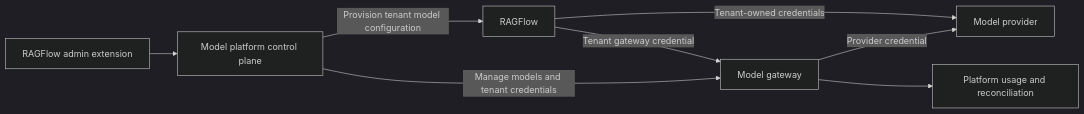
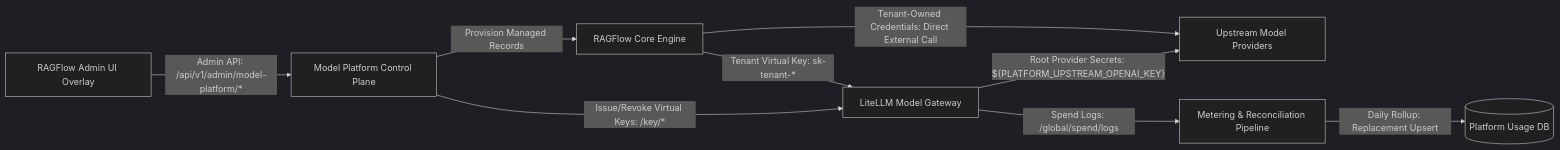
The diagram in extensions/model-platform/architecture.md (Sanderhoff-alt/oh-my-ragflow), drawn with Mermaid (dark theme) before and after one commit. The commit also changed other lines of this file and 6 other files, not shown here.

Commit message:
docs(model-platform): define architecture boundaries and implementation plan

````diff
--- a/extensions/model-platform/architecture.md
+++ b/extensions/model-platform/architecture.md
@@ -11,10 +21,11 @@
 ```mermaid
 flowchart LR
-    Admin[RAGFlow admin extension] --> Control[Model platform control plane]
-    Control -->|Manage models and tenant credentials| Gateway[Model gateway]
-    Control -->|Provision tenant model configuration| RAGFlow[RAGFlow]
-    RAGFlow -->|Tenant gateway credential| Gateway
-    Gateway -->|Provider credential| Provider[Model provider]
-    RAGFlow -->|Tenant-owned credentials| Provider
-    Gateway --> Usage[Platform usage and reconciliation]
+    Admin["RAGFlow Admin UI Overlay"] -->|"Admin API: /api/v1/admin/model-platform/*"| Control["Model Platform Control Plane"]
+    Control -->|"Issue/Revoke Virtual Keys: /key/*"| Gateway["LiteLLM Model Gateway"]
+    Control -->|"Provision Managed Records"| RAGFlow["RAGFlow Core Engine"]
+    RAGFlow -->|"Tenant Virtual Key: sk-tenant-*"| Gateway
+    Gateway -->|"Root Provider Secrets: ${PLATFORM_UPSTREAM_OPENAI_KEY}"| Provider["Upstream Model Providers"]
+    RAGFlow -->|"Tenant-Owned Credentials: Direct External Call"| Provider
+    Gateway -->|"Spend Logs: /global/spend/logs"| Usage["Metering & Reconciliation Pipeline"]
+    Usage -->|"Daily Rollup: Replacement Upsert"| UsageDB[("Platform Usage DB")]
 ```
````
